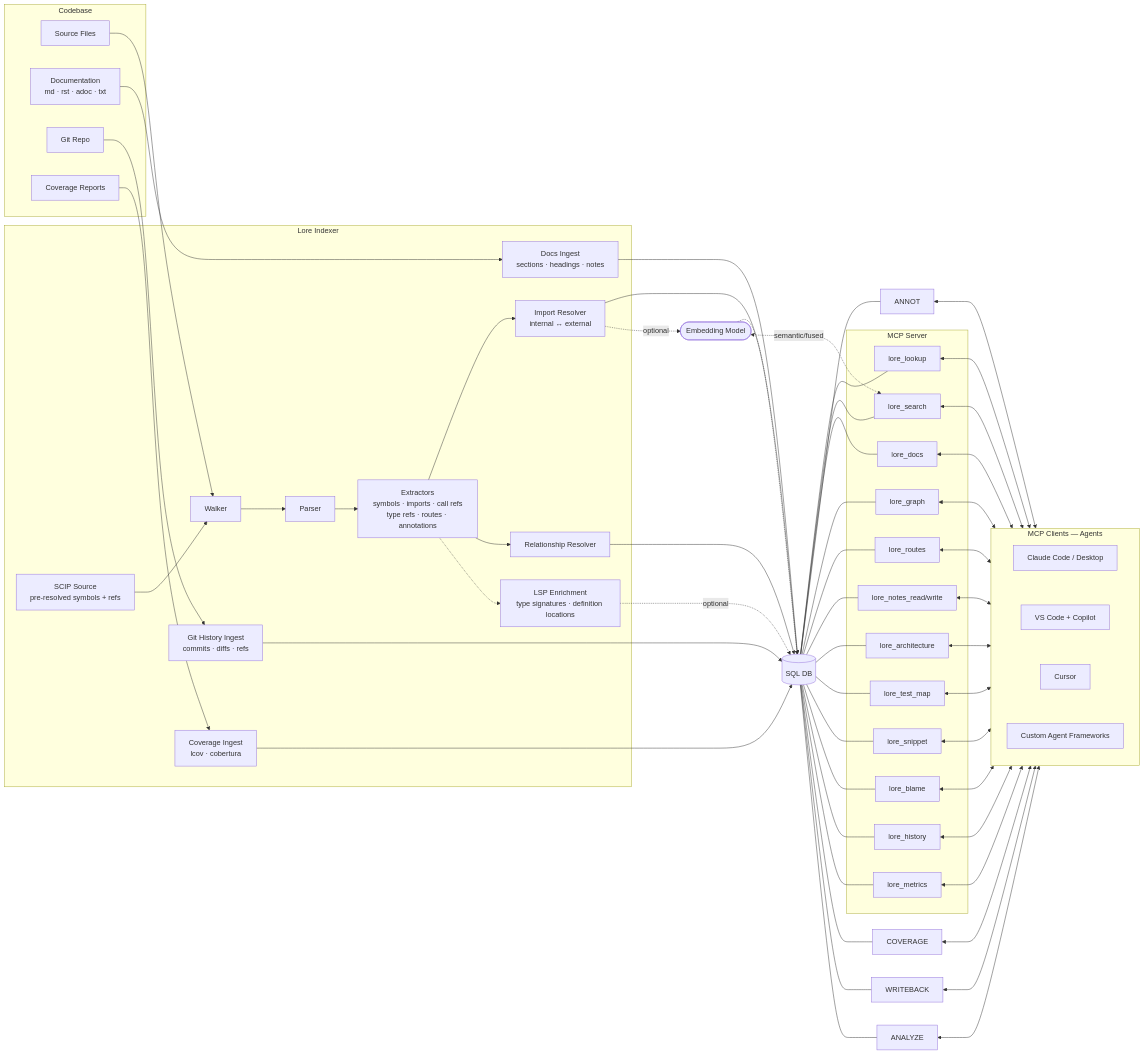
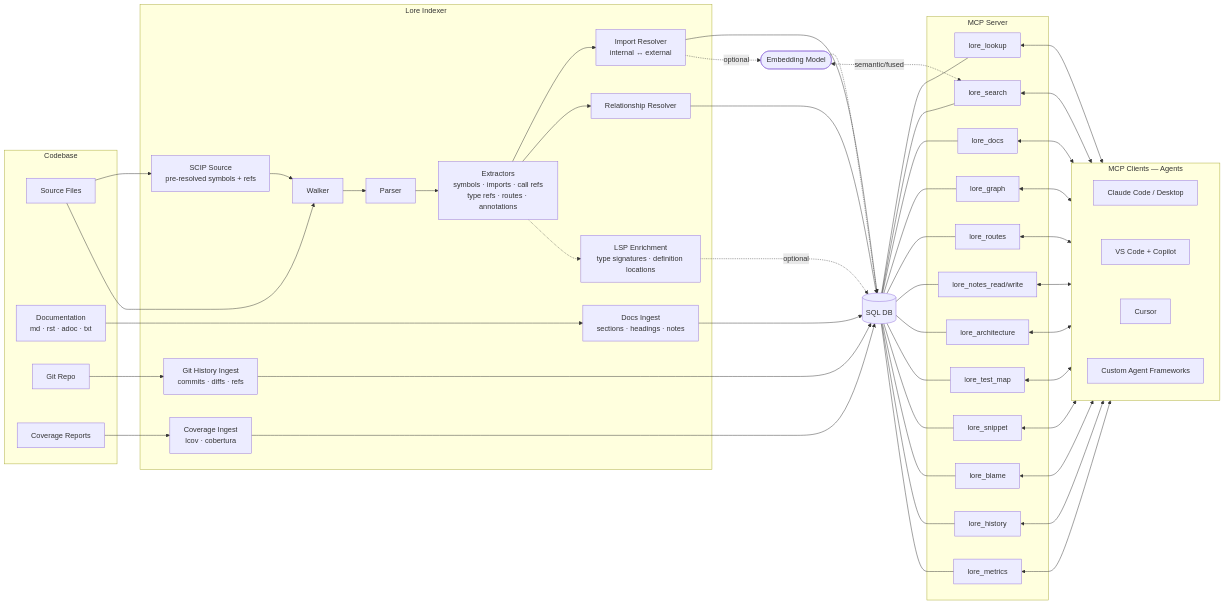
The diagram in README.md (jafreck/Lore), drawn with Mermaid before and after one commit. The commit also changed 1 other file, not shown here.

Commit message:
docs: improve README mermaid diagram layout and fix benchmark-results formatting (#185)

````diff
--- a/README.md
+++ b/README.md
@@ -31,61 +31,66 @@
 ```mermaid
 flowchart LR
     subgraph Codebase
         SRC[Source Files]
         DOCS[Documentation<br/>md · rst · adoc · txt]
         GIT[Git Repo]
         COV[Coverage Reports]
     end
 
-    subgraph Lore Indexer
-      SCIPDIRECT[SCIP Source<br/>pre-resolved symbols + refs] --> WALK
-      WALK[Walker] --> PARSE[Parser] --> EXTRACT[Extractors<br/>symbols · imports · call refs<br/>type refs · routes · annotations]
+    subgraph INDEXER[Lore Indexer]
+        SCIPDIRECT[SCIP Source<br/>pre-resolved symbols + refs] --> WALK
+        WALK[Walker] --> PARSE[Parser] --> EXTRACT[Extractors<br/>symbols · imports · call refs<br/>type refs · routes · annotations]
         EXTRACT --> RESOLVE[Import Resolver<br/>internal ↔ external]
-      EXTRACT --> CALLGRAPH[Relationship Resolver]
+        EXTRACT --> CALLGRAPH[Relationship Resolver]
         EXTRACT -.-> LSPENRICH[LSP Enrichment<br/>type signatures · definition locations]
         DOCSINGEST[Docs Ingest<br/>sections · headings · notes]
         GITHIST[Git History Ingest<br/>commits · diffs · refs]
         COVINGEST[Coverage Ingest<br/>lcov · cobertura]
     end
 
+    SRC --> SCIPDIRECT
+    SRC --> WALK
+    DOCS --> DOCSINGEST
+    GIT --> GITHIST
+    COV --> COVINGEST
+
     DB[(SQL DB)]
     EMBED([Embedding Model])
 
-    subgraph MCP Server
+    subgraph MCP_SERVER[MCP Server]
         LOOKUP[lore_lookup]
         SEARCH[lore_search]
         DOCS_TOOL[lore_docs]
         GRAPH[lore_graph]
-      ROUTES[lore_routes]
-      NOTES[lore_notes_read/write]
-      ARCH[lore_architecture]
+        ROUTES[lore_routes]
+        NOTES[lore_notes_read/write]
+        ARCH[lore_architecture]
         TESTMAP[lore_test_map]
         SNIPPET[lore_snippet]
         BLAME[lore_blame]
         HISTORY[lore_history]
         METRICS[lore_metrics]
     end
 
     subgraph MCP_CLIENTS[MCP Clients — Agents]
         CLAUDE_CODE[Claude Code / Desktop]
         COPILOT[VS Code + Copilot]
         CURSOR[Cursor]
         CUSTOM[Custom Agent Frameworks]
         CLAUDE_CODE ~~~ COPILOT ~~~ CURSOR ~~~ CUSTOM
     end
 
-    SRC --> WALK
-    DOCS --> DOCSINGEST --> DB
-    GIT --> GITHIST --> DB
-    COV --> COVINGEST --> DB
+    DOCSINGEST --> DB
+    GITHIST --> DB
+    COVINGEST --> DB
 
     RESOLVE & CALLGRAPH --> DB
     LSPENRICH -.->|optional| DB
     RESOLVE -.->|optional| EMBED
     EMBED -.-> DB
 
-    DB --- LOOKUP & SEARCH & DOCS_TOOL & ANNOT & GRAPH & ROUTES & NOTES & ARCH & TESTMAP & SNIPPET & BLAME & HISTORY & METRICS & COVERAGE & WRITEBACK & ANALYZE
+    DB --- LOOKUP & SEARCH & DOCS_TOOL & GRAPH & ROUTES & NOTES & ARCH & TESTMAP & SNIPPET & BLAME & HISTORY & METRICS
     EMBED <-.->|semantic/fused| SEARCH
 
-    LOOKUP & SEARCH & DOCS_TOOL & ANNOT & GRAPH & ROUTES & NOTES & ARCH & TESTMAP & SNIPPET & BLAME & HISTORY & METRICS & COVERAGE & WRITEBACK & ANALYZE <--> MCP_CLIENTS
+    LOOKUP & SEARCH & DOCS_TOOL & GRAPH & ROUTES & NOTES & ARCH & TESTMAP & SNIPPET & BLAME & HISTORY & METRICS <--> MCP_CLIENTS
 ```
````
